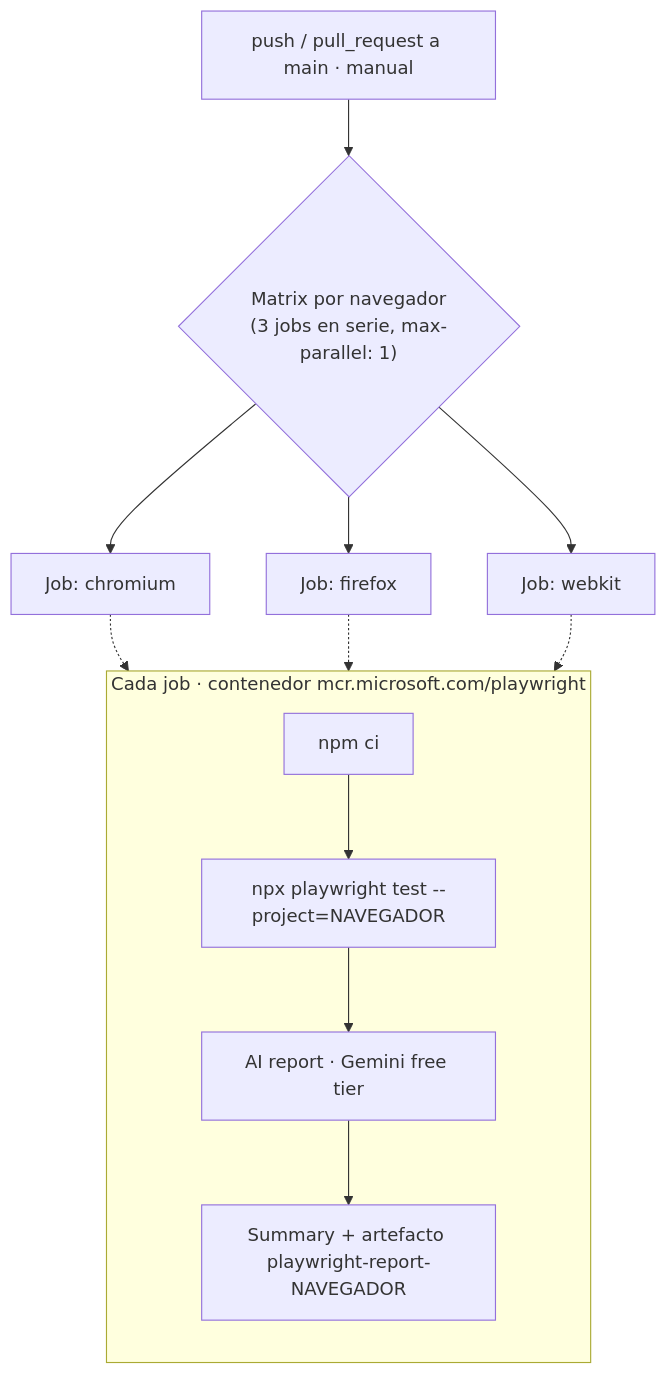
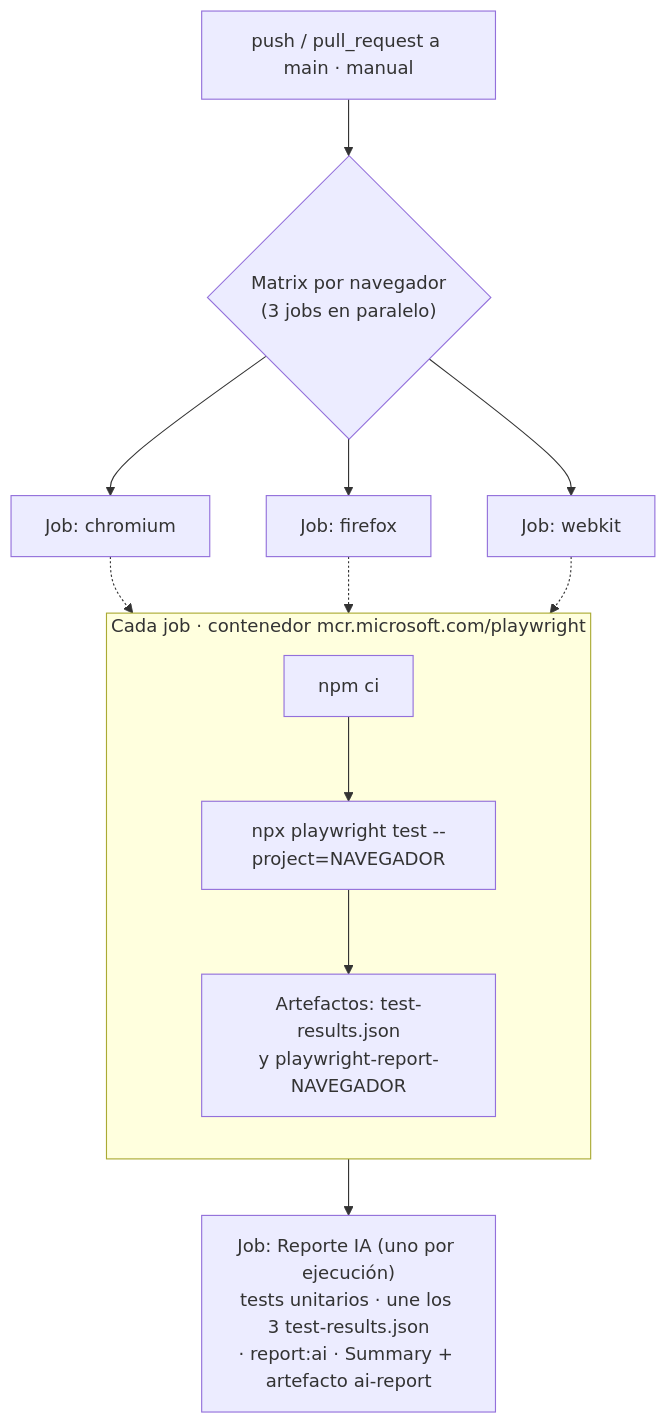
The second of 2 diagrams in README.md (StoneFly365/playwright-demo-ia-mcp), drawn with Mermaid before and after one commit. The commit also changed other lines of this file and 8 other files, not shown here.

````diff
--- a/README.md
+++ b/README.md
@@ -244,19 +246,20 @@
 ```mermaid
 flowchart TD
-    T["push / pull_request a main · manual"] --> M{"Matrix por navegador<br/>(3 jobs en serie, max-parallel: 1)"}
+    T["push / pull_request a main · manual"] --> M{"Matrix por navegador<br/>(3 jobs en paralelo)"}
 
     M --> C["Job: chromium"]
     M --> F["Job: firefox"]
     M --> W["Job: webkit"]
 
     subgraph JOB ["Cada job · contenedor mcr.microsoft.com/playwright"]
         direction TB
         S1["npm ci"] --> S2["npx playwright test --project=NAVEGADOR"]
-        S2 --> S3["AI report · Gemini free tier"]
-        S3 --> S4["Summary + artefacto playwright-report-NAVEGADOR"]
+        S2 --> S3["Artefactos: test-results.json<br/>y playwright-report-NAVEGADOR"]
     end
 
     C -.-> JOB
     F -.-> JOB
     W -.-> JOB
+
+    JOB --> R["Job: Reporte IA (uno por ejecución)<br/>tests unitarios · une los 3 test-results.json<br/>· report:ai · Summary + artefacto ai-report"]
 ```
````
